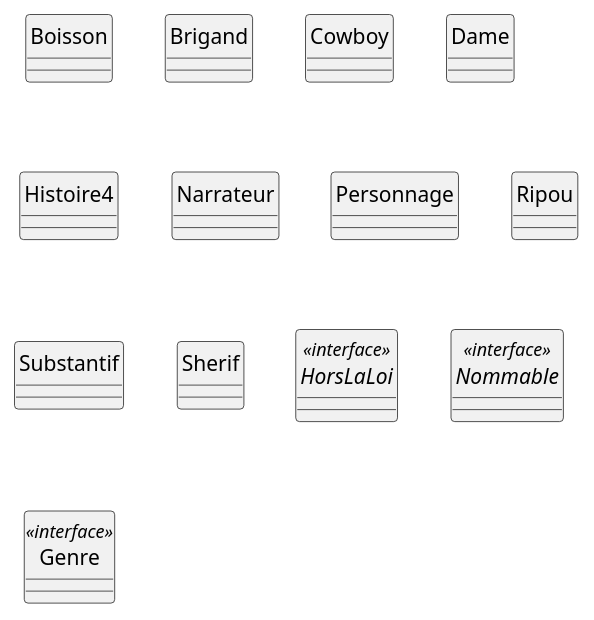
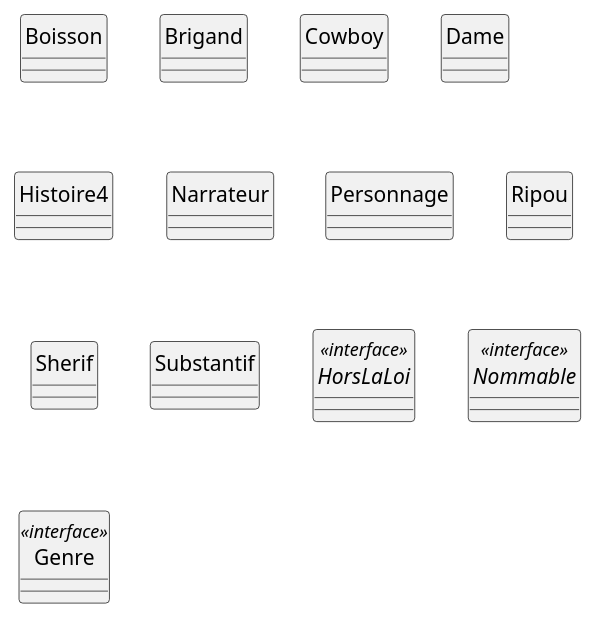
One commit to raphelSct/PUMLFromJavaAPI changed the diagram in western.puml. Above: the diagram before and after it, drawn with PlantUML. The commit also changed other lines of this file and 3 other files, not shown here.

```diff
--- a/western.puml
+++ b/western.puml
@@ -1,16 +1,16 @@
 @startuml
 skinparam style strictuml
 class Boisson
 class Brigand
 class Cowboy
 class Dame
 class Histoire4
 class Narrateur
 class Personnage
 class Ripou
+class Sherif
 class Substantif
-class Sherif
 interface HorsLaLoi <<interface>>
 interface Nommable <<interface>>
 enum Genre <<interface>>
 @enduml
```
